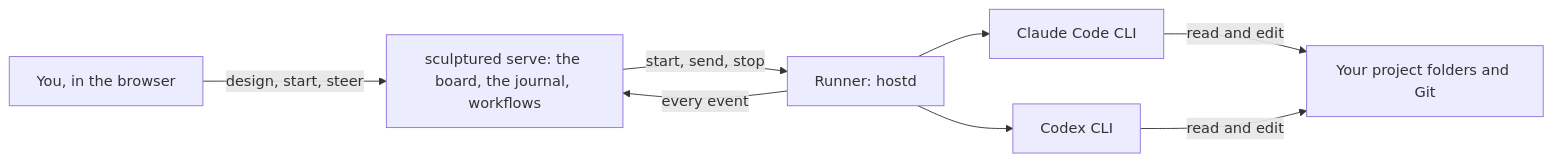
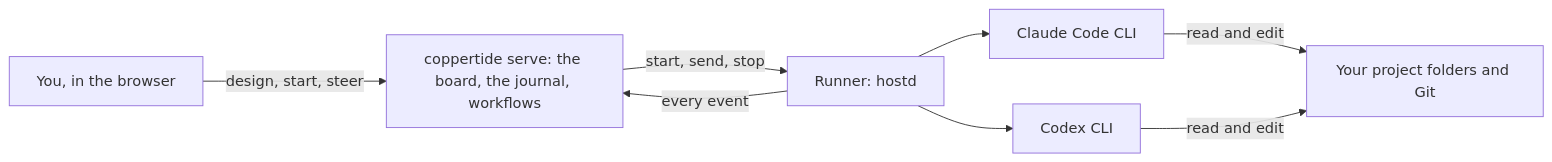
One commit to CopperTide/CopperTide changed the diagram in README.md. Above: the diagram before and after it, drawn with Mermaid. The commit also changed other lines of this file and 62 other files, not shown here.

````diff
--- a/README.md
+++ b/README.md
@@ -48,10 +48,10 @@
 ```mermaid
 flowchart LR
-  You["You, in the browser"] -- "design, start, steer" --> S["sculptured serve: the board, the journal, workflows"]
+  You["You, in the browser"] -- "design, start, steer" --> S["coppertide serve: the board, the journal, workflows"]
   S -- "start, send, stop" --> R["Runner: hostd"]
   R --> C["Claude Code CLI"]
   R --> X["Codex CLI"]
   C -- "read and edit" --> F["Your project folders and Git"]
   X -- "read and edit" --> F
   R -- "every event" --> S
 ```
````
